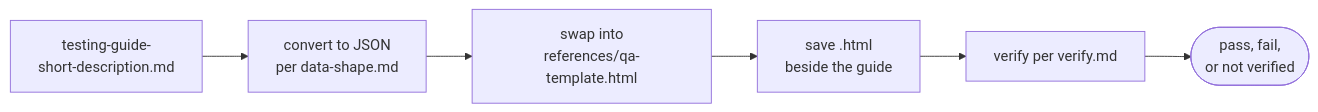
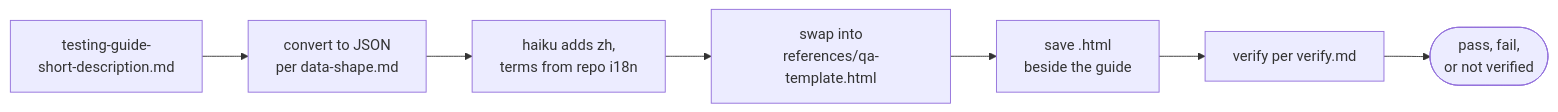
The first of 2 diagrams in docs/to-test-html.md (le0u0/just-do-it), drawn with Mermaid before and after one commit. The commit also changed other lines of this file and 7 other files, not shown here.

````diff
--- a/docs/to-test-html.md
+++ b/docs/to-test-html.md
@@ -7,8 +7,9 @@
 ```mermaid
 flowchart LR
     G[testing-guide-<br/>short-description.md] --> J[convert to JSON<br/>per data-shape.md]
-    J --> T[swap into<br/>references/qa-template.html]
+    J --> Z[haiku adds zh,<br/>terms from repo i18n]
+    Z --> T[swap into<br/>references/qa-template.html]
     T --> H[save .html<br/>beside the guide]
     H --> V[verify per verify.md]
     V --> O([pass, fail,<br/>or not verified])
 ```
````
